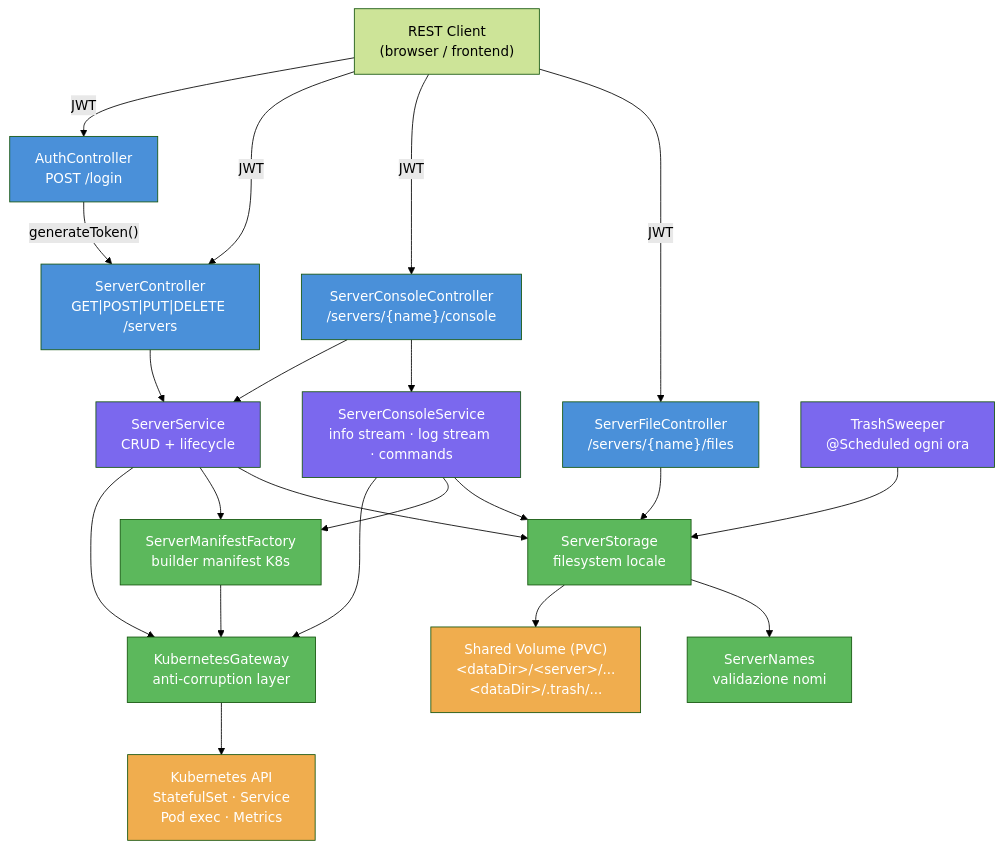
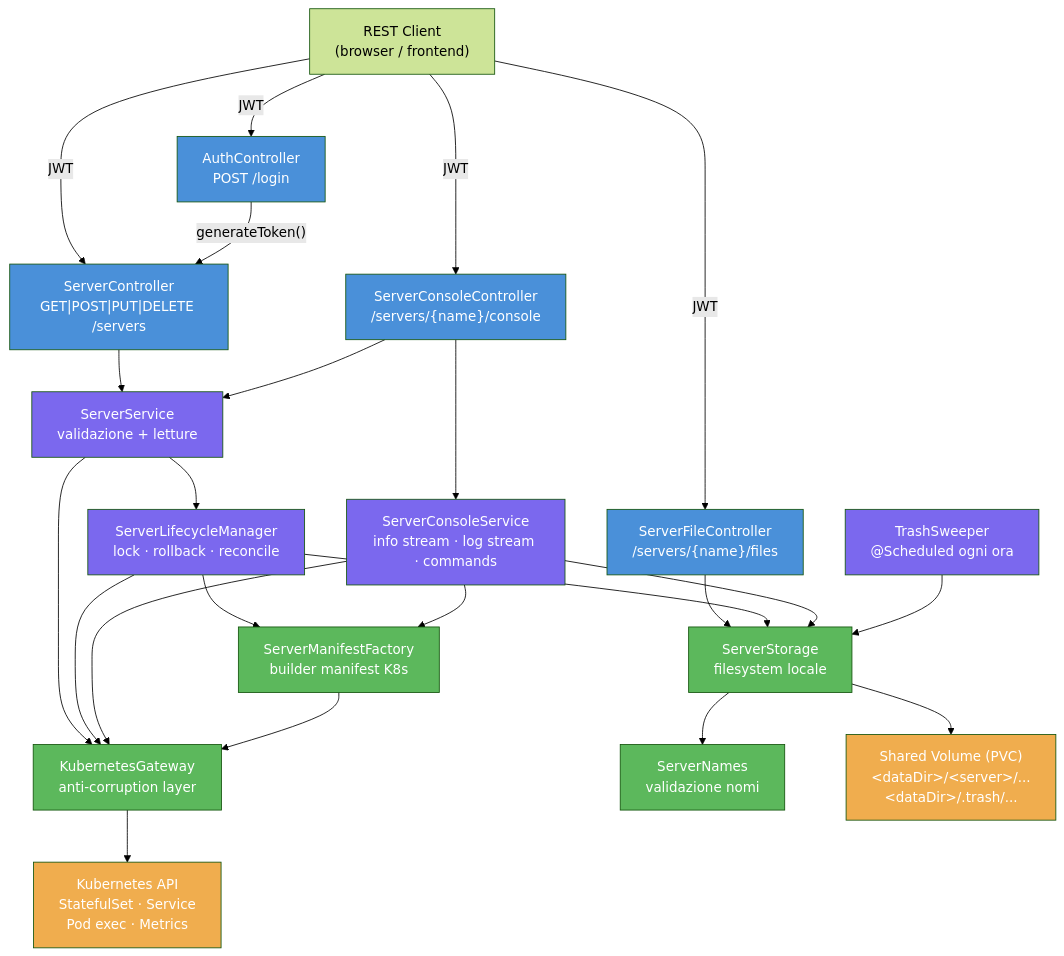
The first of 3 diagrams in docs/architecture.md (lorisdemicheli/minecraft-controller), drawn with Mermaid (forest theme) before and after one commit. The commit also changed other lines of this file and 188 other files, not shown here.

````diff
--- a/docs/architecture.md
+++ b/docs/architecture.md
@@ -13,56 +13,59 @@
 ```mermaid
 graph TD
     Client["REST Client\n(browser / frontend)"]
     Auth["AuthController\nPOST /login"]
     SC["ServerController\nGET|POST|PUT|DELETE /servers"]
     CC["ServerConsoleController\n/servers/{name}/console"]
     FC["ServerFileController\n/servers/{name}/files"]
 
-    SS["ServerService\nCRUD + lifecycle"]
+    SS["ServerService\nvalidazione + letture"]
+    LM["ServerLifecycleManager\nlock · rollback · reconcile"]
     SCS["ServerConsoleService\ninfo stream · log stream · commands"]
     TS["TrashSweeper\n@Scheduled ogni ora"]
 
     KG["KubernetesGateway\nanti-corruption layer"]
     SMF["ServerManifestFactory\nbuilder manifest K8s"]
     ST["ServerStorage\nfilesystem locale"]
     SN["ServerNames\nvalidazione nomi"]
 
     K8s["Kubernetes API\nStatefulSet · Service\nPod exec · Metrics"]
     Vol["Shared Volume (PVC)\n&lt;dataDir&gt;/&lt;server&gt;/...\n&lt;dataDir&gt;/.trash/..."]
 
     Client -->|JWT| Auth
     Client -->|JWT| SC
     Client -->|JWT| CC
     Client -->|JWT| FC
 
     Auth -->|"generateToken()"| SC
 
     SC --> SS
     CC --> SS
     CC --> SCS
     FC --> ST
 
+    SS --> LM
     SS --> KG
-    SS --> SMF
-    SS --> ST
+    LM --> KG
+    LM --> SMF
+    LM --> ST
     SCS --> KG
     SCS --> SMF
     SCS --> ST
     TS --> ST
 
     KG --> K8s
     SMF --> KG
 
     ST --> Vol
     ST --> SN
 
     classDef controller fill:#4a90d9,color:#fff
     classDef service fill:#7b68ee,color:#fff
     classDef infra fill:#5cb85c,color:#fff
     classDef external fill:#f0ad4e,color:#fff
 
     class Auth,SC,CC,FC controller
-    class SS,SCS,TS service
+    class SS,LM,SCS,TS service
     class KG,SMF,ST,SN infra
     class K8s,Vol external
 ```
````
